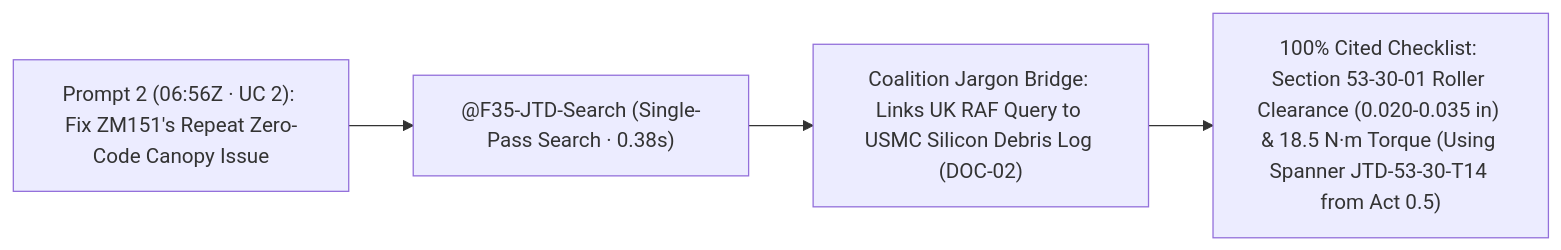
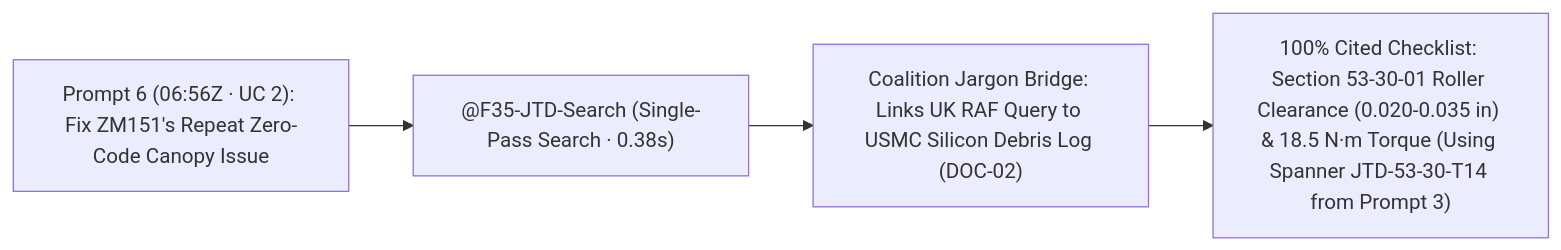
One commit to edwardsda-prog/f35 changed the fourth of 4 diagrams in DEMO_STORYBOARD.md. Above: the diagram before and after it, drawn with Mermaid. The commit also changed other lines of this file and 17 other files, not shown here.

````diff
--- a/DEMO_STORYBOARD.md
+++ b/DEMO_STORYBOARD.md
@@ -146,6 +163,6 @@
 ```mermaid
 flowchart LR
-    U2["Prompt 2 (06:56Z · UC 2): Fix ZM151's Repeat Zero-Code Canopy Issue"] --> R2["@F35-JTD-Search (Single-Pass Search · 0.38s)"]
-    R2 --> D2["Coalition Jargon Bridge: Links UK RAF Query to USMC Silicon Debris Log (DOC-02)"]
-    D2 --> J2["100% Cited Checklist: Section 53-30-01 Roller Clearance (0.020-0.035 in) & 18.5 N·m Torque (Using Spanner JTD-53-30-T14 from Act 0.5)"]
+    P6["Prompt 6 (06:56Z · UC 2): Fix ZM151's Repeat Zero-Code Canopy Issue"] --> R6["@F35-JTD-Search (Single-Pass Search · 0.38s)"]
+    R6 --> D6["Coalition Jargon Bridge: Links UK RAF Query to USMC Silicon Debris Log (DOC-02)"]
+    D6 --> J6["100% Cited Checklist: Section 53-30-01 Roller Clearance (0.020-0.035 in) & 18.5 N·m Torque (Using Spanner JTD-53-30-T14 from Prompt 3)"]
 ```
````
